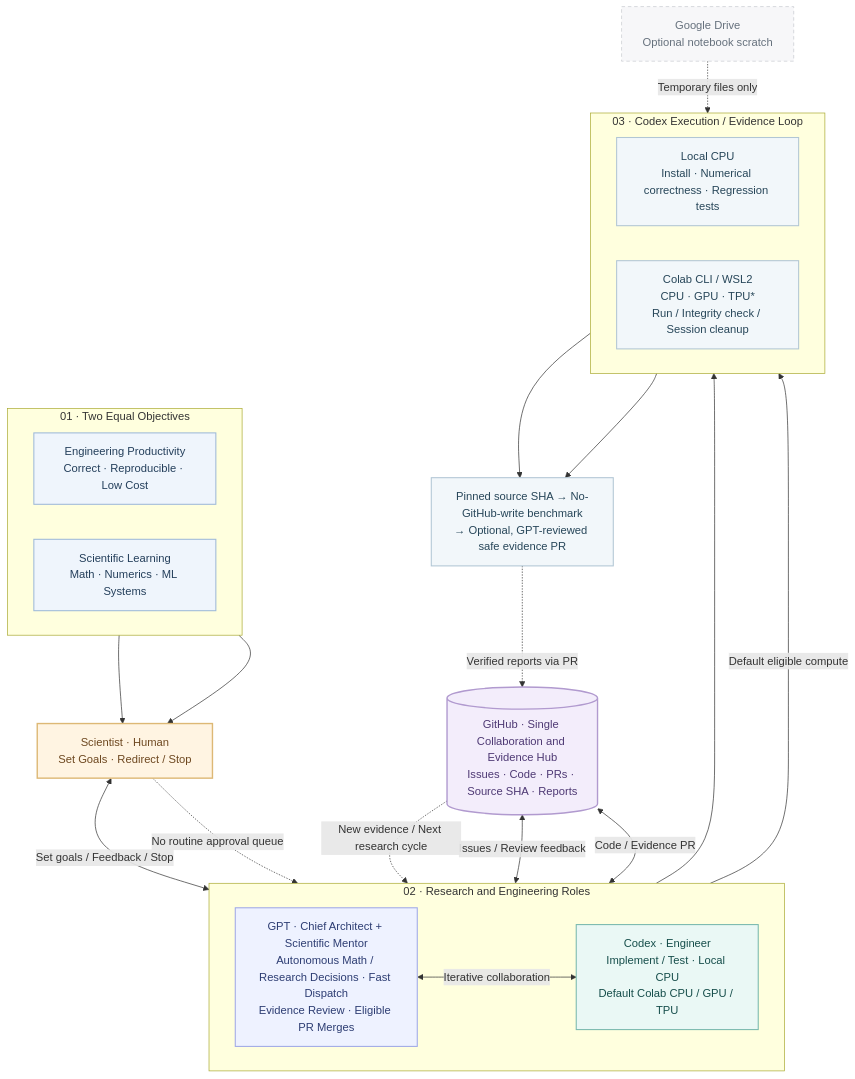
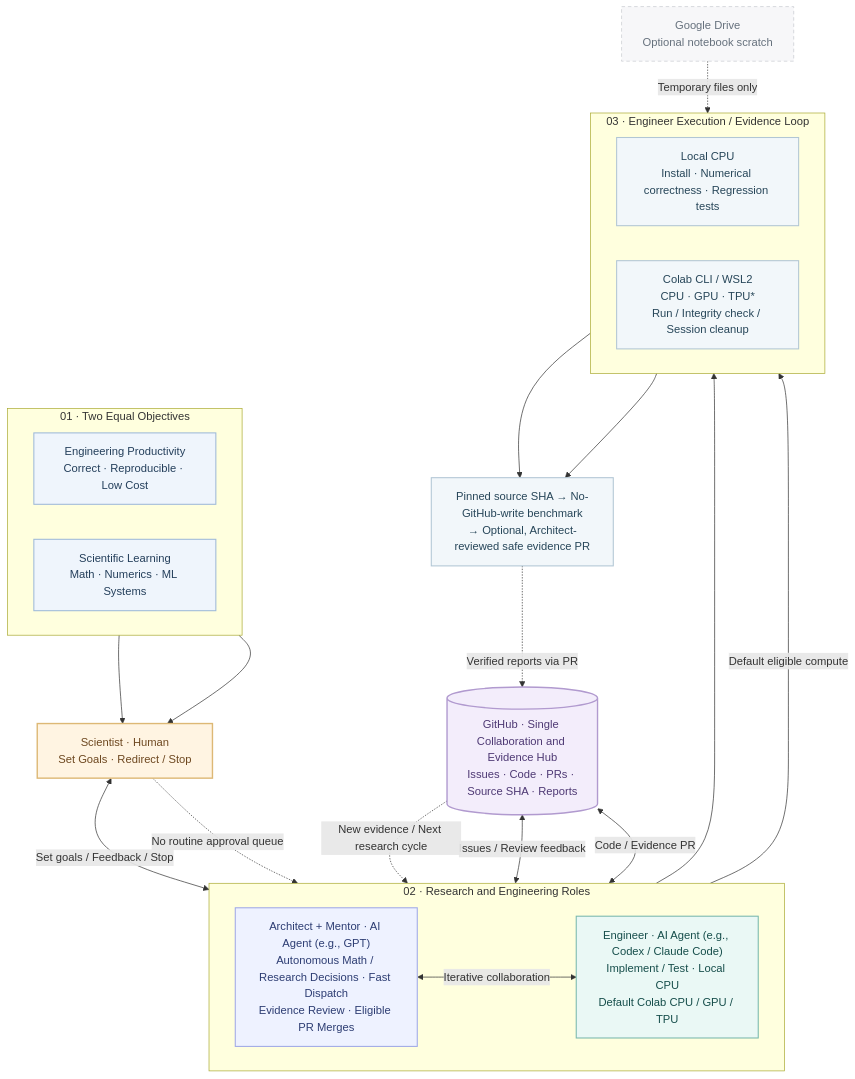
One commit to JohnnyZPiggy/SAE-Framework changed the diagram in README.md. Above: the diagram before and after it, drawn with Mermaid. The commit also changed other lines of this file and 19 other files, not shown here.

````diff
--- a/README.md
+++ b/README.md
@@ -20,57 +24,57 @@
 ```mermaid
 flowchart TB
     subgraph OBJECTIVES["01 · Two Equal Objectives"]
       direction LR
       O1["Engineering Productivity<br/>Correct · Reproducible · Low Cost"]
       O2["Scientific Learning<br/>Math · Numerics · ML Systems"]
     end
 
     S["Scientist · Human<br/>Set Goals · Redirect / Stop"]
 
     subgraph PEOPLE["02 · Research and Engineering Roles"]
       direction LR
-      G["GPT · Chief Architect + Scientific Mentor<br/>Autonomous Math / Research Decisions · Fast Dispatch<br/>Evidence Review · Eligible PR Merges"]
-      E["Codex · Engineer<br/>Implement / Test · Local CPU<br/>Default Colab CPU / GPU / TPU"]
+      G["Architect + Mentor · AI Agent (e.g., GPT)<br/>Autonomous Math / Research Decisions · Fast Dispatch<br/>Evidence Review · Eligible PR Merges"]
+      E["Engineer · AI Agent (e.g., Codex / Claude Code)<br/>Implement / Test · Local CPU<br/>Default Colab CPU / GPU / TPU"]
     end
 
     H[("GitHub · Single Collaboration and Evidence Hub<br/>Issues · Code · PRs · Source SHA · Reports")]
 
-    subgraph COMPUTE["03 · Codex Execution / Evidence Loop"]
+    subgraph COMPUTE["03 · Engineer Execution / Evidence Loop"]
       direction LR
       L["Local CPU<br/>Install · Numerical correctness · Regression tests"]
       C["Colab CLI / WSL2<br/>CPU · GPU · TPU*<br/>Run / Integrity check / Session cleanup"]
     end
 
-    P["Pinned source SHA → No-GitHub-write benchmark<br/>→ Optional, GPT-reviewed safe evidence PR"]
+    P["Pinned source SHA → No-GitHub-write benchmark<br/>→ Optional, Architect-reviewed safe evidence PR"]
     D["Google Drive<br/>Optional notebook scratch"]
 
     O1 --> S
     O2 --> S
     S <-->|Set goals / Feedback / Stop| G
     S -.->|No routine approval queue| E
     G <-->|Issues / Review feedback| H
     E <-->|Code / Evidence PR| H
     G <-->|Iterative collaboration| E
     E --> L
     E -->|Default eligible compute| C
     L --> P
     C --> P
     P -.->|Verified reports via PR| H
     D -.->|Temporary files only| C
     H -.->|New evidence / Next research cycle| G
 
     classDef goal fill:#EFF5FC,stroke:#9EB9D8,color:#243F5B,stroke-width:1.5px
     classDef human fill:#FFF4E2,stroke:#DDB875,color:#6E4820,stroke-width:2px
     classDef agent fill:#EEF2FF,stroke:#9FA8E7,color:#2D3D73,stroke-width:1.5px
     classDef engineer fill:#EAF8F5,stroke:#78B8AD,color:#164E4B,stroke-width:1.5px
     classDef github fill:#F3EDFB,stroke:#B19ACF,color:#4E3974,stroke-width:2px
     classDef compute fill:#F2F7FA,stroke:#B1C6D4,color:#274659,stroke-width:1.5px
     classDef scratch fill:#F7F7F9,stroke:#C8CBD0,color:#66717D,stroke-dasharray:5 4
     class O1,O2 goal
     class S human
     class G agent
     class E engineer
     class H github
     class L,C,P compute
     class D scratch
 ```
````
